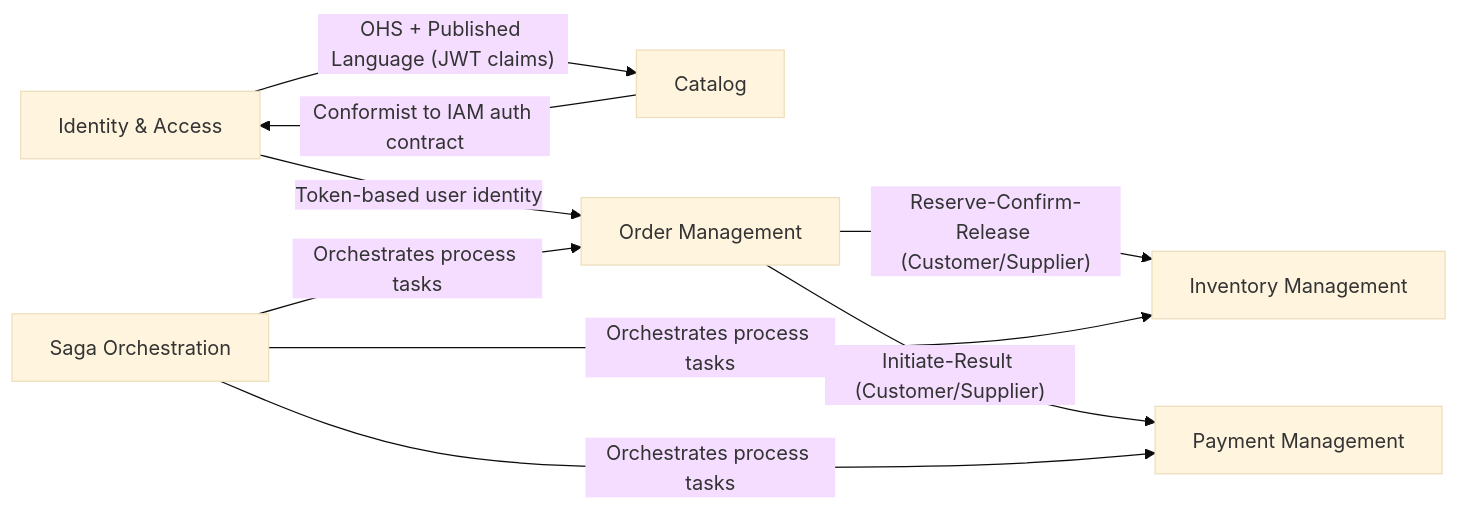
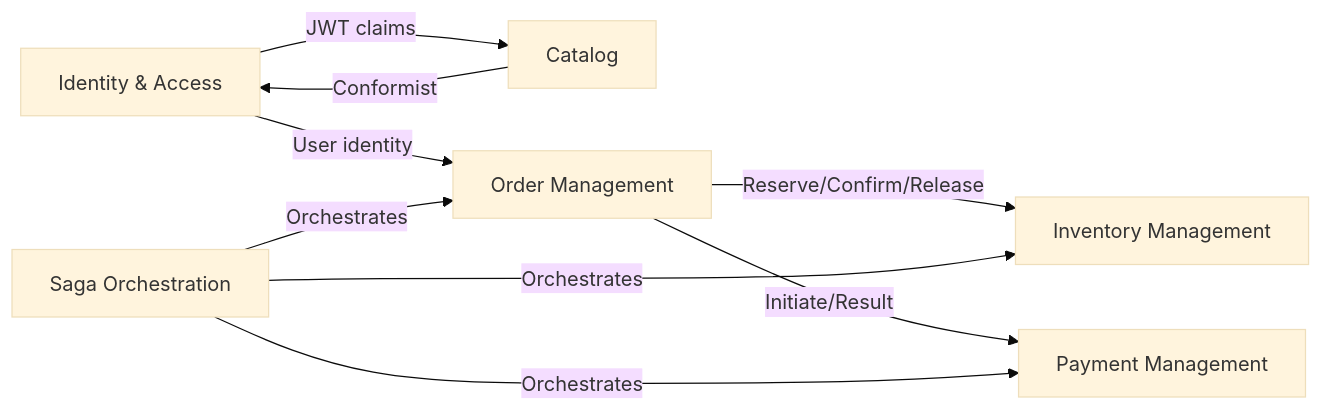
Before and after one commit to baosatboiz/asd: the second of 7 diagrams in analysis-and-design-ddd.md, drawn with Mermaid (base theme). The commit also changed other lines of this file, not shown here.

````diff
--- a/analysis-and-design-ddd.md
+++ b/analysis-and-design-ddd.md
@@ -170,11 +170,11 @@
 ```mermaid
 graph LR
-    IAM["Identity & Access"] -- "OHS + Published Language (JWT claims)" --> CATALOG["Catalog"]
-    CATALOG -- "Conformist to IAM auth contract" --> IAM
-    IAM -- "Token-based user identity" --> ORDERCTX["Order Management"]
-    ORDERCTX -- "Reserve-Confirm-Release (Customer/Supplier)" --> INV["Inventory Management"]
-    ORDERCTX -- "Initiate-Result (Customer/Supplier)" --> PAY["Payment Management"]
-    ORCH["Saga Orchestration"] -- "Orchestrates process tasks" --> ORDERCTX
-    ORCH -- "Orchestrates process tasks" --> INV
-    ORCH -- "Orchestrates process tasks" --> PAY
+    IAM["Identity & Access"] -- "JWT claims" --> CATALOG["Catalog"]
+    CATALOG -- "Conformist" --> IAM
+    IAM -- "User identity" --> ORDERCTX["Order Management"]
+    ORDERCTX -- "Reserve/Confirm/Release" --> INV["Inventory Management"]
+    ORDERCTX -- "Initiate/Result" --> PAY["Payment Management"]
+    ORCH["Saga Orchestration"] -- "Orchestrates" --> ORDERCTX
+    ORCH -- "Orchestrates" --> INV
+    ORCH -- "Orchestrates" --> PAY
 ```
````
